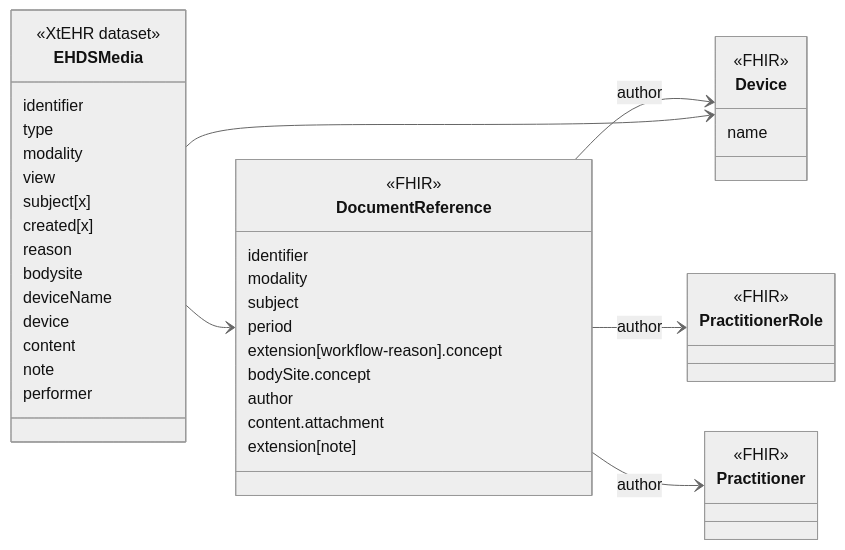
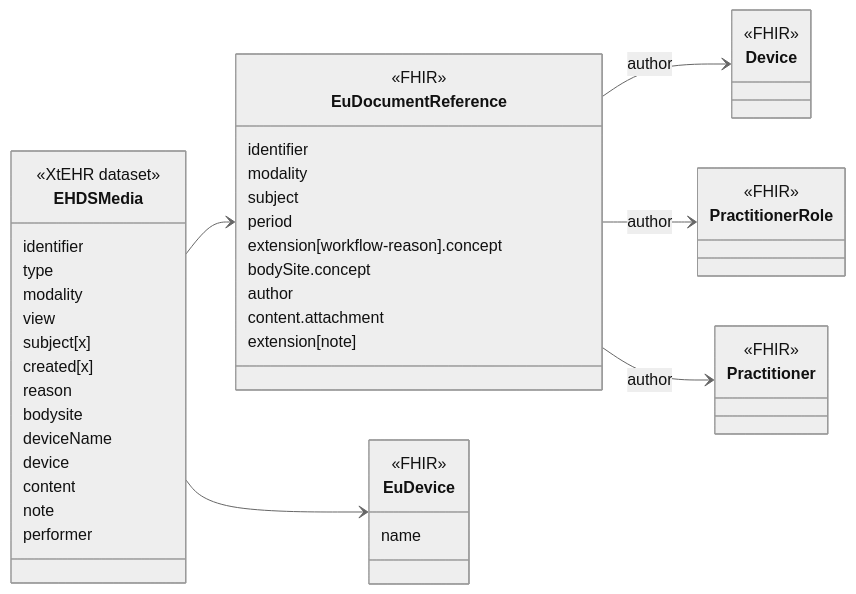
One commit to oijauregui/ehdsimaging changed the diagram in input/intro-notes/ConceptMap-EHDSMediaMap-intro.md. Above: the diagram before and after it, drawn with Mermaid (neutral theme). The commit also changed 138 other files, not shown here.

````diff
--- a/input/intro-notes/ConceptMap-EHDSMediaMap-intro.md
+++ b/input/intro-notes/ConceptMap-EHDSMediaMap-intro.md
@@ -5,53 +5,53 @@
 ```mermaid
 classDiagram
 direction LR
 class EHDSMedia {
   <<XtEHR dataset>>
   identifier
   type
   modality
   view
   subject[x]
   created[x]
   reason
   bodysite
   deviceName
   device
   content
   note
   performer
 }
 link EHDSMedia "https://build.fhir.org/ig/Xt-EHR/xt-ehr-common/StructureDefinition-EHDSMedia.html"
-class DocumentReference{
+class EuDocumentReference{
   <<FHIR>>
   identifier
   modality
   subject
   period
   extension[workflow-reason].concept
   bodySite.concept
   author
   content.attachment
   extension[note]
 }
 
-class Device{
+class EuDevice{
   <<FHIR>>
   name
 }
 
 class Device {
   <<FHIR>>
 }
 class PractitionerRole {
   <<FHIR>>
 }
 class  Practitioner {
   <<FHIR>>
 }
-EHDSMedia --> DocumentReference
-DocumentReference --> Device : author
-DocumentReference --> PractitionerRole : author
-DocumentReference -->  Practitioner : author
-EHDSMedia --> Device
+EHDSMedia --> EuDocumentReference
+EuDocumentReference --> Device : author
+EuDocumentReference --> PractitionerRole : author
+EuDocumentReference -->  Practitioner : author
+EHDSMedia --> EuDevice
 ```
````
